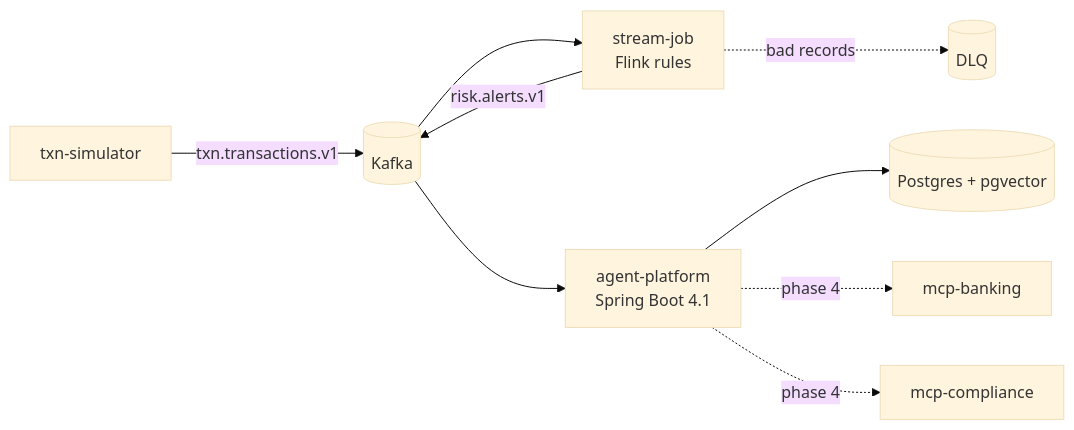
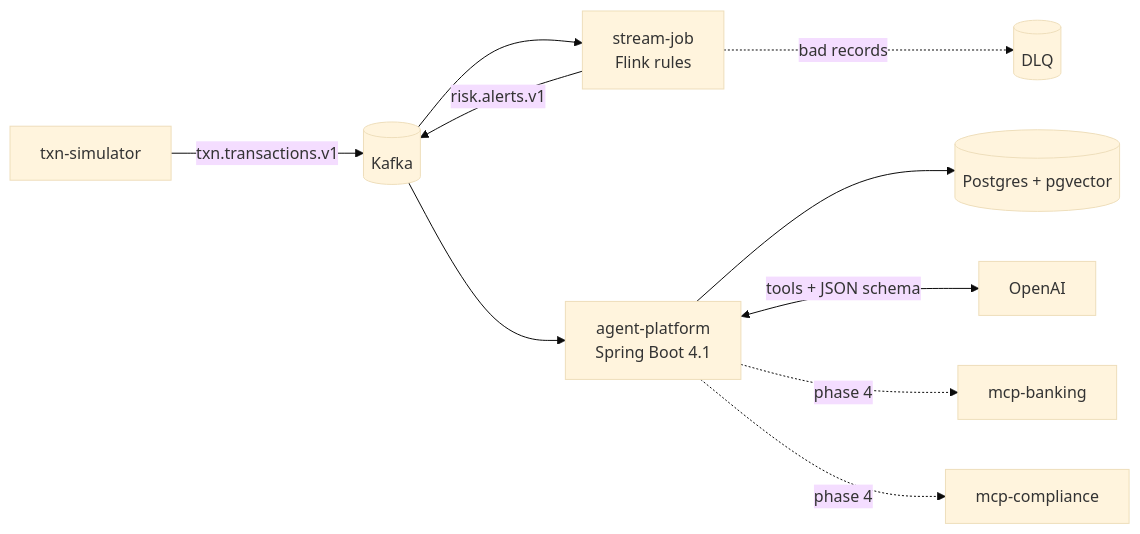
Before and after one commit to hongming-github/finsentinel: the diagram in README.md, drawn with Mermaid (base theme). The commit also changed other lines of this file and 57 other files, not shown here.

````diff
--- a/README.md
+++ b/README.md
@@ -9,11 +9,12 @@
 ```mermaid
 flowchart LR
     SIM[txn-simulator] -->|txn.transactions.v1| K[(Kafka)]
     K --> F[stream-job<br/>Flink rules]
     F -->|risk.alerts.v1| K
     F -.->|bad records| DLQ[(DLQ)]
     K --> P[agent-platform<br/>Spring Boot 4.1]
     P --> PG[(Postgres + pgvector)]
+    P <-->|tools + JSON schema| LLM[OpenAI]
     P -. phase 4 .-> MCP1[mcp-banking]
     P -. phase 4 .-> MCP2[mcp-compliance]
 ```
````
